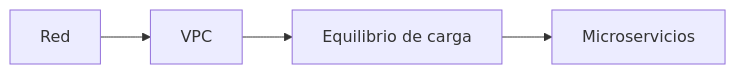
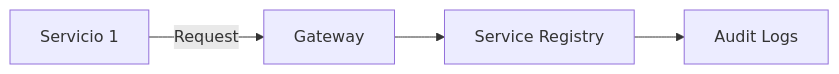
One commit to Joaquinriosheredia/DAM-Java-Mastery changed the second of 3 diagrams in Java_Elite/seguridad_ofensiva_y_auditoría_de_microservicios_con_java_21_STAFF.md. Above: the diagram before and after it, drawn with Mermaid. The commit also changed other lines of this file, not shown here.

Commit message:
feat: manual de autoridad sobre Seguridad Ofensiva y Auditoría de Microservicios con Java 21 (Staff Level)

````diff
--- a/Java_Elite/seguridad_ofensiva_y_auditoría_de_microservicios_con_java_21_STAFF.md
+++ b/Java_Elite/seguridad_ofensiva_y_auditoría_de_microservicios_con_java_21_STAFF.md
@@ -567,6 +152,6 @@
 ```mermaid
 graph LR;
-    A[Red] --> B[VPC]
-    B --> C[Equilibrio de carga]
-    C --> D[Microservicios]
+    A[Servicio 1] -->|Request| B[Gateway]
+    B --> C[Service Registry]
+    C --> D[Audit Logs]
 ```
````
